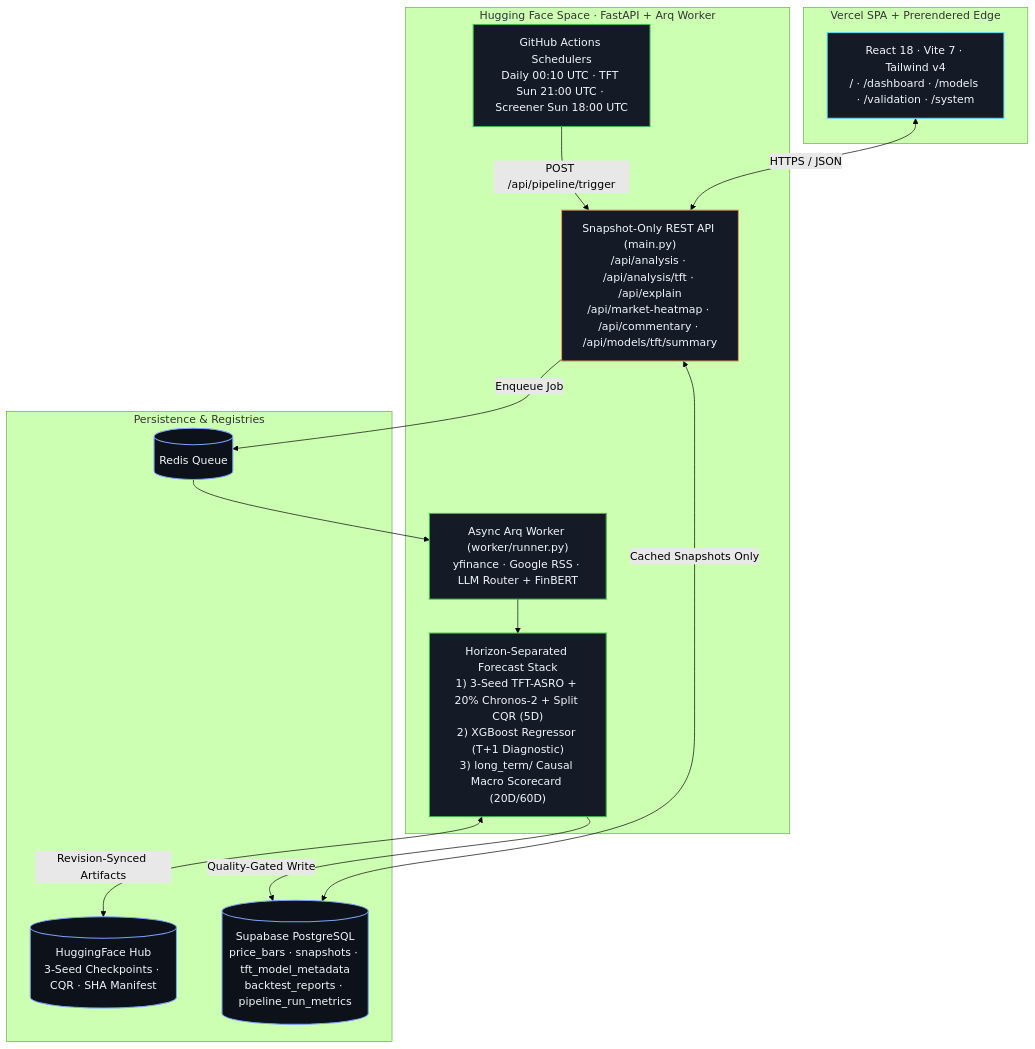
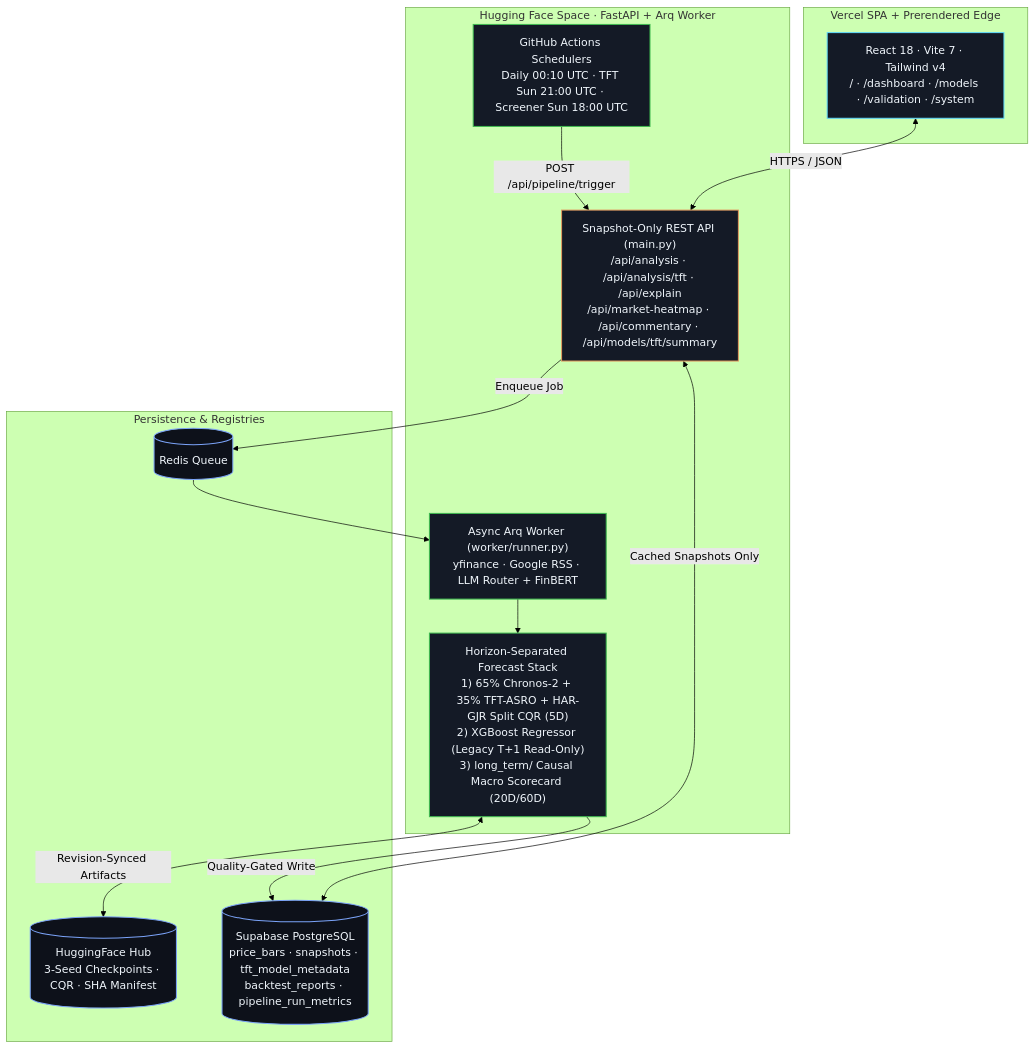
One commit to ifieryarrows/terra-rara changed the first of 2 diagrams in README.md. Above: the diagram before and after it, drawn with Mermaid (forest theme). The commit also changed other lines of this file and 26 other files, not shown here.

Commit message:
feat(5d): elevate Chronos-2 (65/35 TFT-ASRO), retire daily XGBoost UI/cron, add causal HAR-GJR stress CQR

````diff
--- a/README.md
+++ b/README.md
@@ -116,33 +116,33 @@
 ```mermaid
 flowchart TB
     classDef fe fill:#141A26,stroke:#61DAFB,color:#F0F6FC,stroke-width:1.5px
     classDef api fill:#141A26,stroke:#E29A5F,color:#F0F6FC,stroke-width:1.5px
     classDef worker fill:#141A26,stroke:#3FB950,color:#F0F6FC,stroke-width:1.5px
     classDef store fill:#0D111A,stroke:#7AA2F7,color:#F0F6FC,stroke-width:1.5px
 
     subgraph Frontend["Vercel SPA + Prerendered Edge"]
         UI["React 18 · Vite 7 · Tailwind v4<br/>/ · /dashboard · /models · /validation · /system"]:::fe
     end
 
     subgraph Backend["Hugging Face Space · FastAPI + Arq Worker"]
         API["Snapshot-Only REST API (main.py)<br/>/api/analysis · /api/analysis/tft · /api/explain<br/>/api/market-heatmap · /api/commentary · /api/models/tft/summary"]:::api
         CRON["GitHub Actions Schedulers<br/>Daily 00:10 UTC · TFT Sun 21:00 UTC · Screener Sun 18:00 UTC"]:::worker
         WRK["Async Arq Worker (worker/runner.py)<br/>yfinance · Google RSS · LLM Router + FinBERT"]:::worker
-        MOD["Horizon-Separated Forecast Stack<br/>1) 3-Seed TFT-ASRO + 20% Chronos-2 + Split CQR (5D)<br/>2) XGBoost Regressor (T+1 Diagnostic)<br/>3) long_term/ Causal Macro Scorecard (20D/60D)"]:::worker
+        MOD["Horizon-Separated Forecast Stack<br/>1) 65% Chronos-2 + 35% TFT-ASRO + HAR-GJR Split CQR (5D)<br/>2) XGBoost Regressor (Legacy T+1 Read-Only)<br/>3) long_term/ Causal Macro Scorecard (20D/60D)"]:::worker
     end
 
     subgraph Data["Persistence & Registries"]
         PG[("Supabase PostgreSQL<br/>price_bars · snapshots · tft_model_metadata<br/>backtest_reports · pipeline_run_metrics")]:::store
         RED[("Redis Queue")]:::store
         HUB[("HuggingFace Hub<br/>3-Seed Checkpoints · CQR · SHA Manifest")]:::store
     end
 
     UI <-->|"HTTPS / JSON"| API
     API <-->|"Cached Snapshots Only"| PG
     API -->|"Enqueue Job"| RED
     CRON -->|"POST /api/pipeline/trigger"| API
     RED --> WRK
     WRK --> MOD
     MOD -->|"Quality-Gated Write"| PG
     MOD <-->|"Revision-Synced Artifacts"| HUB
 ```
````
